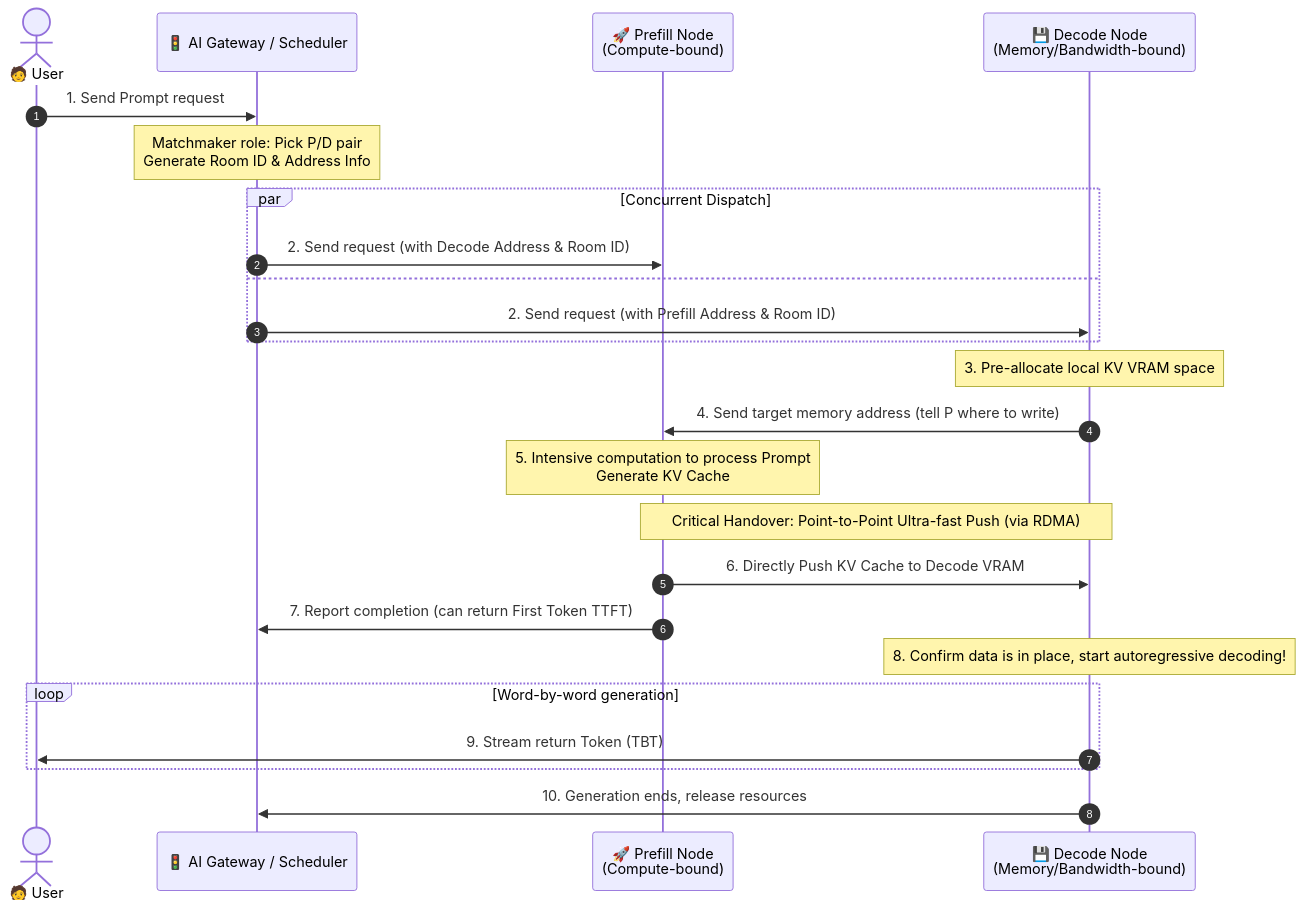
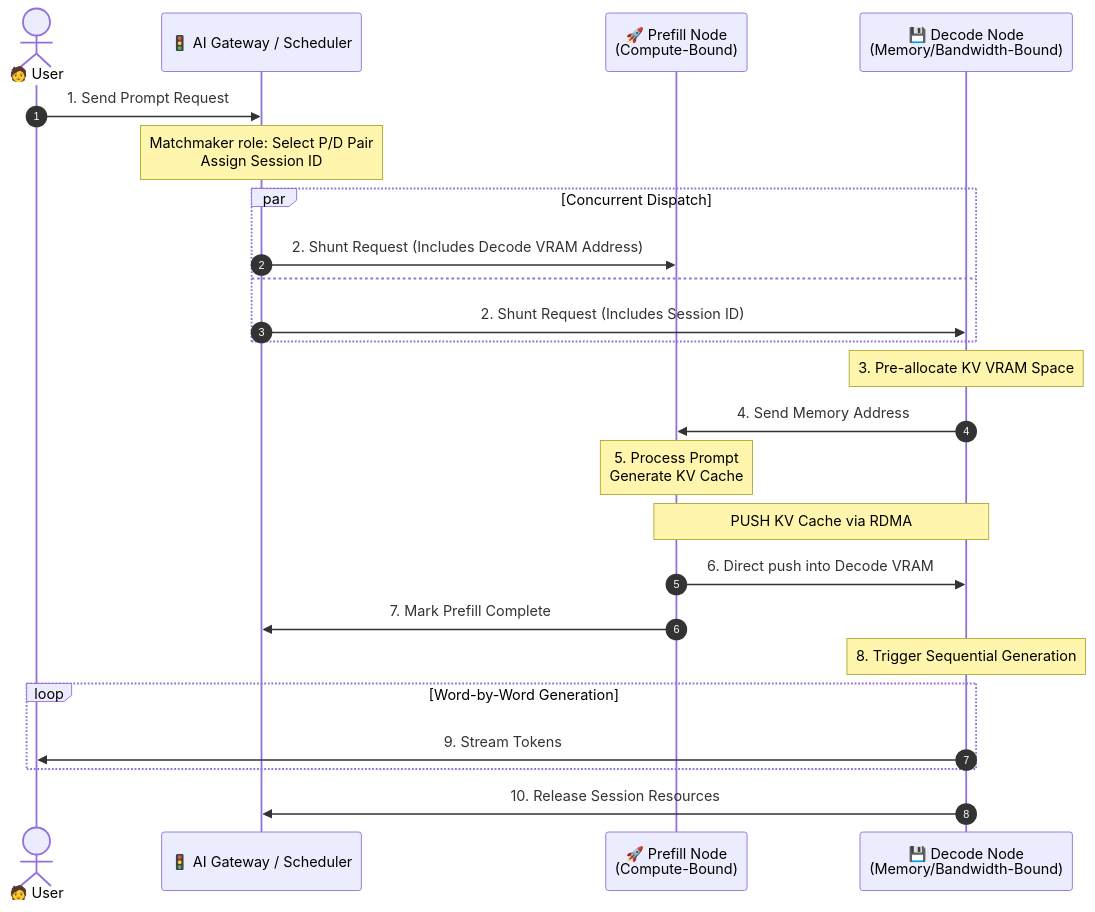
Before and after one commit to Random-Liu/llm-inference-principle-to-production: the diagram in parts/part4_distributed.md, drawn with Mermaid. The commit also changed other lines of this file, not shown here.

````diff
--- a/parts/part4_distributed.md
+++ b/parts/part4_distributed.md
@@ -407,33 +377,33 @@
 ```mermaid
 sequenceDiagram
     autonumber
     actor User as 🧑 User
     participant Gateway as 🚦 AI Gateway / Scheduler
-    participant Prefill as 🚀 Prefill Node<br/>(Compute-bound)
-    participant Decode as 💾 Decode Node<br/>(Memory/Bandwidth-bound)
+    participant Prefill as 🚀 Prefill Node<br/>(Compute-Bound)
+    participant Decode as 💾 Decode Node<br/>(Memory/Bandwidth-Bound)
 
-    User->>Gateway: 1. Send Prompt request
-    Note over Gateway: Matchmaker role: Pick P/D pair<br/>Generate Room ID & Address Info
+    User->>Gateway: 1. Send Prompt Request
+    Note over Gateway: Matchmaker role: Select P/D Pair<br/>Assign Session ID
     par Concurrent Dispatch
-        Gateway->>Prefill: 2. Send request (with Decode Address & Room ID)
+        Gateway->>Prefill: 2. Shunt Request (Includes Decode VRAM Address)
     and
-        Gateway->>Decode: 2. Send request (with Prefill Address & Room ID)
+        Gateway->>Decode: 2. Shunt Request (Includes Session ID)
     end
     
-    Note over Decode: 3. Pre-allocate local KV VRAM space
-    Decode->>Prefill: 4. Send target memory address (tell P where to write)
+    Note over Decode: 3. Pre-allocate KV VRAM Space
+    Decode->>Prefill: 4. Send Memory Address
     
-    Note over Prefill: 5. Intensive computation to process Prompt<br/>Generate KV Cache
+    Note over Prefill: 5. Process Prompt<br/>Generate KV Cache
     
-    Note over Prefill, Decode: Critical Handover: Point-to-Point Ultra-fast Push (via RDMA)
-    Prefill->>Decode: 6. Directly Push KV Cache to Decode VRAM
+    Note over Prefill, Decode: PUSH KV Cache via RDMA
+    Prefill->>Decode: 6. Direct push into Decode VRAM
     
-    Prefill->>Gateway: 7. Report completion (can return First Token TTFT)
+    Prefill->>Gateway: 7. Mark Prefill Complete
     
-    Note over Decode: 8. Confirm data is in place, start autoregressive decoding!
+    Note over Decode: 8. Trigger Sequential Generation
     
-    loop Word-by-word generation
-        Decode->>User: 9. Stream return Token (TBT)
+    loop Word-by-Word Generation
+        Decode->>User: 9. Stream Tokens
     end
-    Decode->>Gateway: 10. Generation ends, release resources
+    Decode->>Gateway: 10. Release Session Resources
 ```
````
